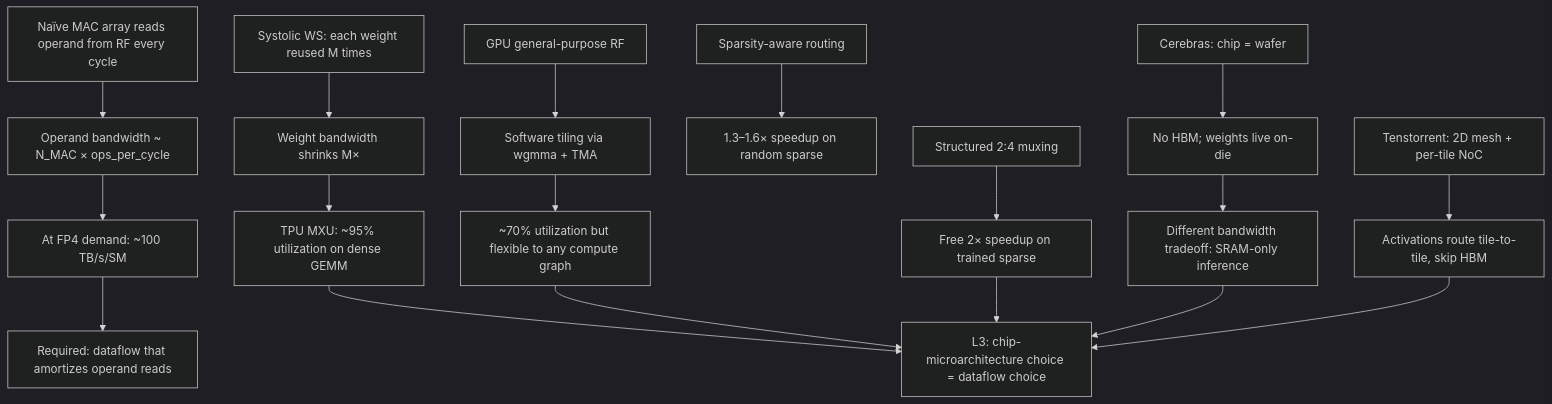
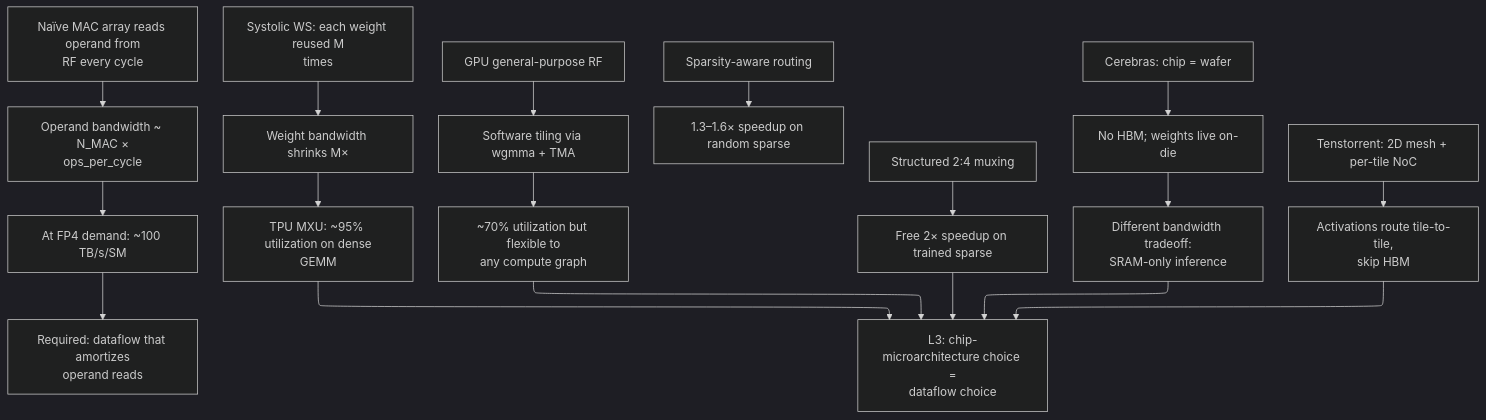
One commit to Wty2003328/ai_infra_intro changed the ninth of 9 diagrams in ai_infra/L2_Digital_Design_for_AI/Systolic_Arrays_and_Dataflow.md. Above: the diagram before and after it, drawn with Mermaid (dark theme). The commit also changed other lines of this file and 108 other files, not shown here.

````diff
--- a/ai_infra/L2_Digital_Design_for_AI/Systolic_Arrays_and_Dataflow.md
+++ b/ai_infra/L2_Digital_Design_for_AI/Systolic_Arrays_and_Dataflow.md
@@ -403,22 +411,23 @@
 ```mermaid
+%%{init: {"flowchart": {"defaultRenderer": "elk", "nodeSpacing": 60, "rankSpacing": 60, "htmlLabels": false}}}%%
 flowchart TD
-    A[Naïve MAC array reads operand from RF every cycle] --> B[Operand bandwidth ~ N_MAC × ops_per_cycle]
+    A[Naïve MAC array reads operand from<br/>RF every cycle] --> B[Operand bandwidth ~ N_MAC ×<br/>ops_per_cycle]
     B --> C[At FP4 demand: ~100 TB/s/SM]
-    C --> D[Required: dataflow that amortizes operand reads]
+    C --> D[Required: dataflow that amortizes<br/>operand reads]
 
-    E[Systolic WS: each weight reused M times] --> F[Weight bandwidth shrinks M×]
-    F --> G[TPU MXU: ~95% utilization on dense GEMM]
+    E[Systolic WS: each weight reused M<br/>times] --> F[Weight bandwidth shrinks M×]
+    F --> G[TPU MXU: ~95% utilization on dense<br/>GEMM]
 
     H[GPU general-purpose RF] --> I[Software tiling via wgmma + TMA]
-    I --> J[~70% utilization but flexible to any compute graph]
+    I --> J[~70% utilization but flexible to<br/>any compute graph]
 
     K[Sparsity-aware routing] --> L[1.3–1.6× speedup on random sparse]
     M[Structured 2:4 muxing] --> N[Free 2× speedup on trained sparse]
 
     O[Cerebras: chip = wafer] --> P[No HBM; weights live on-die]
-    P --> Q[Different bandwidth tradeoff: SRAM-only inference]
+    P --> Q[Different bandwidth tradeoff:<br/>SRAM-only inference]
 
-    R[Tenstorrent: 2D mesh + per-tile NoC] --> S[Activations route tile-to-tile, skip HBM]
+    R[Tenstorrent: 2D mesh + per-tile NoC] --> S[Activations route tile-to-tile,<br/>skip HBM]
 
-    G & J & N & Q & S --> T[L3: chip-microarchitecture choice = dataflow choice]
+    G & J & N & Q & S --> T[L3: chip-microarchitecture choice =<br/>dataflow choice]
 ```
````
